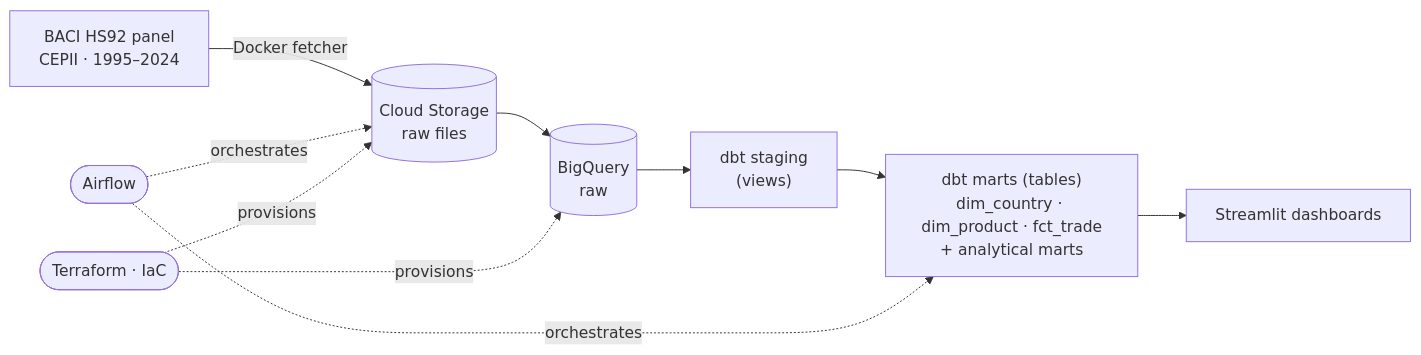
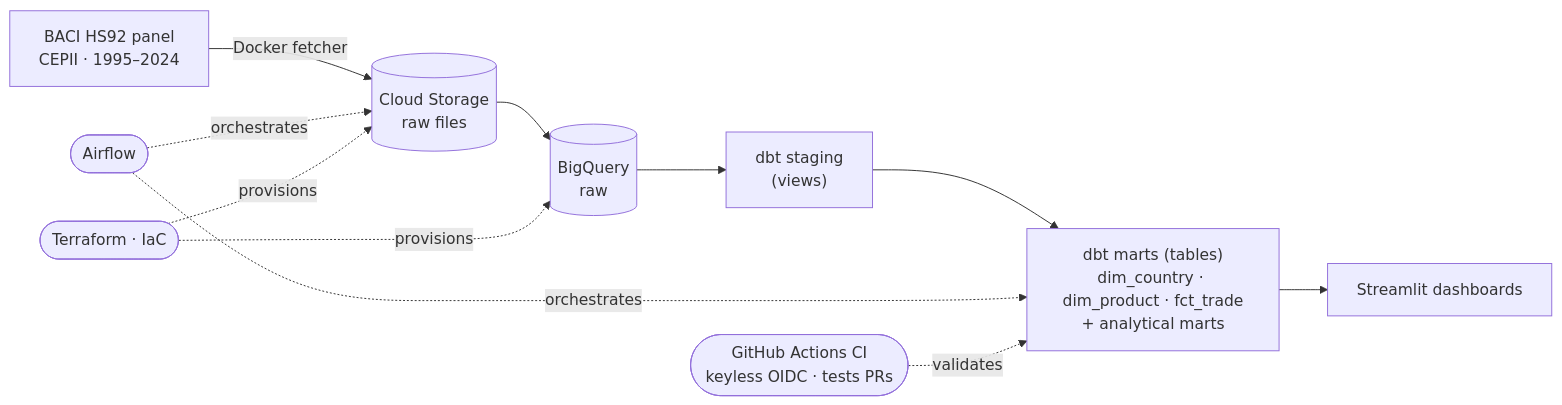
One commit to ZaneSchneider/trade-flows-bigquery-dbt changed the diagram in README.md. Above: the diagram before and after it, drawn with Mermaid. The commit also changed other lines of this file, not shown here.

````diff
--- a/README.md
+++ b/README.md
@@ -8,15 +10,16 @@
 ```mermaid
 flowchart LR
   src["BACI HS92 panel<br/>CEPII · 1995–2024"]
   gcs[("Cloud Storage<br/>raw files")]
   bq[("BigQuery<br/>raw")]
   stg["dbt staging<br/>(views)"]
   marts["dbt marts (tables)<br/>dim_country · dim_product · fct_trade<br/>+ analytical marts"]
   dash["Streamlit dashboards"]
 
   src -->|Docker fetcher| gcs --> bq --> stg --> marts --> dash
   air(["Airflow"]) -. orchestrates .-> gcs
   air -. orchestrates .-> marts
   tf(["Terraform · IaC"]) -. provisions .-> gcs
   tf -. provisions .-> bq
+  ci(["GitHub Actions CI<br/>keyless OIDC · tests PRs"]) -. validates .-> marts
 ```
````
